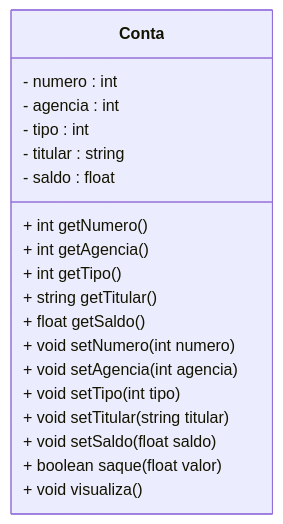
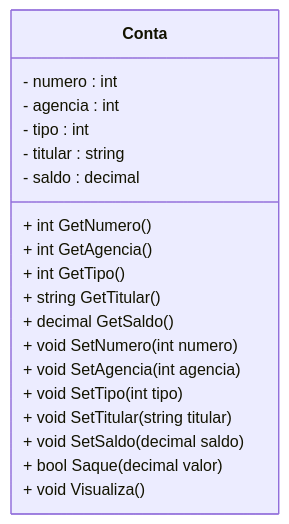
The diagram in 01_csharp/12.md (conteudoGeneration/cookbook_csharp), drawn with Mermaid before and after one commit. The commit also changed other lines of this file and 7 other files, not shown here.

````diff
--- a/01_csharp/12.md
+++ b/01_csharp/12.md
@@ -114,22 +114,22 @@
 ```mermaid
 classDiagram
 class Conta {
  - numero : int
  - agencia : int
  - tipo : int
  - titular : string
- - saldo : float
- + int getNumero()
- + int getAgencia()
- + int getTipo()
- + string getTitular()
- + float getSaldo()
- + void setNumero(int numero)
- + void setAgencia(int agencia)
- + void setTipo(int tipo)
- + void setTitular(string titular)
- + void setSaldo(float saldo)
- + boolean saque(float valor)
- + void visualiza()
+ - saldo : decimal
+ + int GetNumero()
+ + int GetAgencia()
+ + int GetTipo()
+ + string GetTitular()
+ + decimal GetSaldo()
+ + void SetNumero(int numero)
+ + void SetAgencia(int agencia)
+ + void SetTipo(int tipo)
+ + void SetTitular(string titular)
+ + void SetSaldo(decimal saldo)
+ + bool Saque(decimal valor)
+ + void Visualiza()
 }
 ```
````
